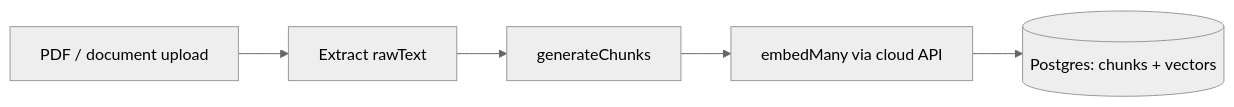
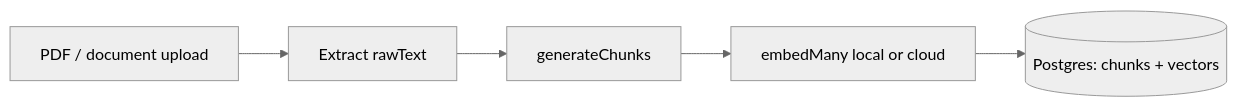
The first of 2 diagrams in docs/rag-ai/EMBEDDINGS.md (EduAI-Lab/EduAI), drawn with Mermaid (neutral theme) before and after one commit. The commit also changed other lines of this file and 14 other files, not shown here.

````diff
--- a/docs/rag-ai/EMBEDDINGS.md
+++ b/docs/rag-ai/EMBEDDINGS.md
@@ -72,7 +72,7 @@
 ```mermaid
 flowchart LR
   A[PDF / document upload] --> B[Extract rawText]
   B --> C[generateChunks]
-  C --> D[embedMany via cloud API]
+  C --> D[embedMany local or cloud]
   D --> E[(Postgres: chunks + vectors)]
 ```
````
